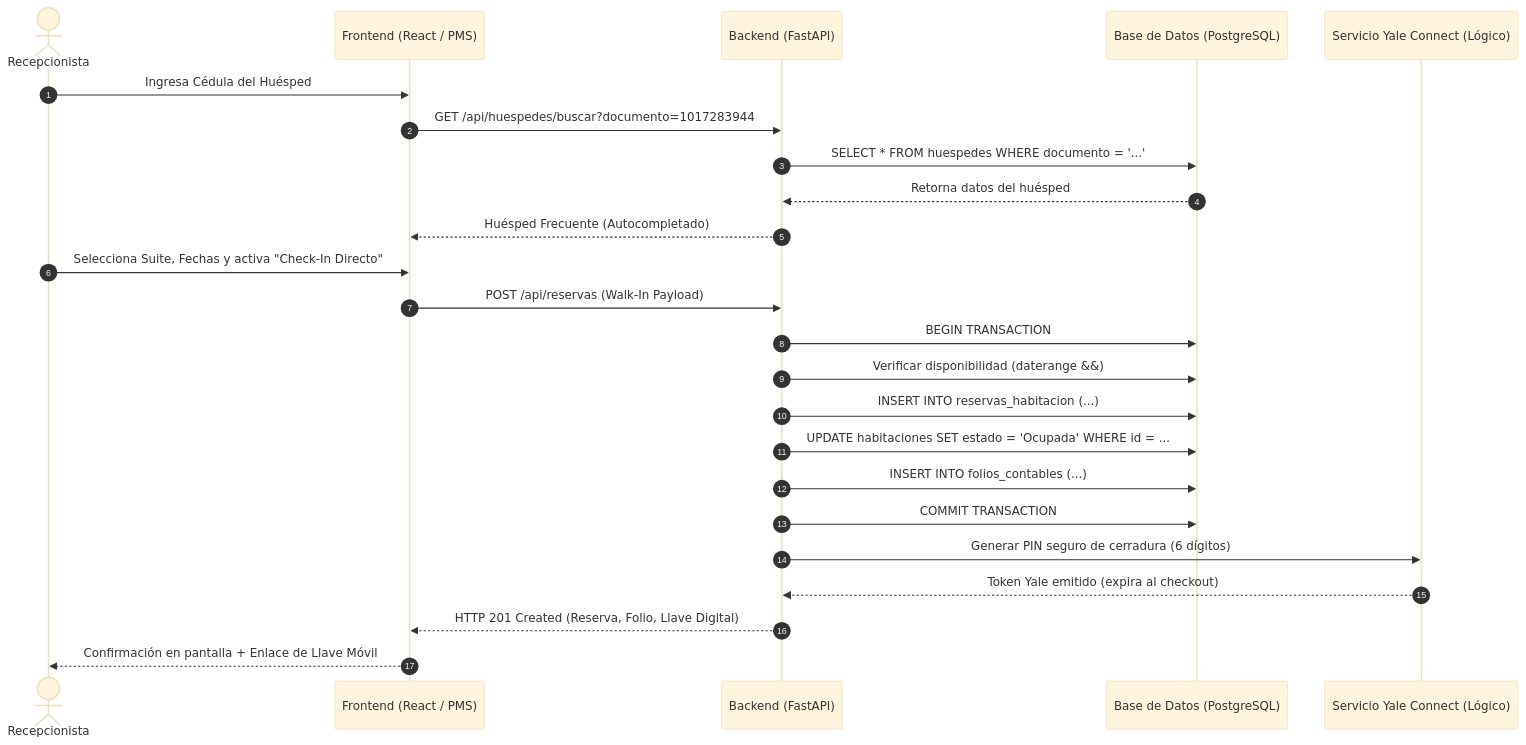
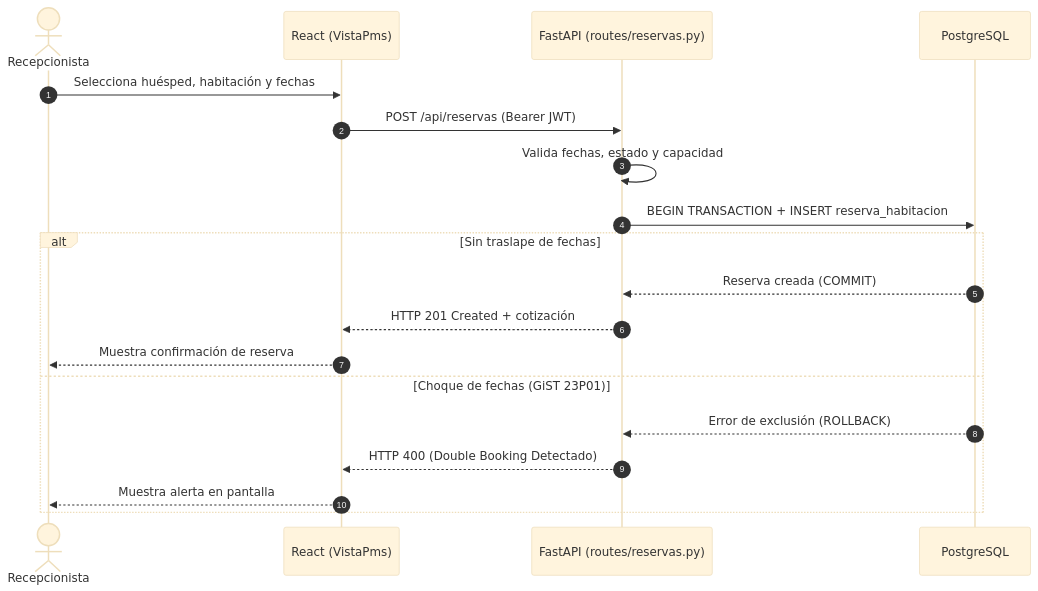
Before and after one commit to bookingsoftHOTELFACILE/PROYECTO_FACILE: the fifth of 5 diagrams in docs/arquitectura/DOCUMENTACION_GENERAL_Y_DIAGRAMAS.md, drawn with Mermaid (base theme). The commit also changed other lines of this file and 11 other files, not shown here.

````diff
--- a/docs/arquitectura/DOCUMENTACION_GENERAL_Y_DIAGRAMAS.md
+++ b/docs/arquitectura/DOCUMENTACION_GENERAL_Y_DIAGRAMAS.md
@@ -287,29 +225,22 @@
 ```mermaid
 sequenceDiagram
     autonumber
     actor Recepcionista
-    participant Front as Frontend (React / PMS)
-    participant Back as Backend (FastAPI)
-    participant DB as Base de Datos (PostgreSQL)
-    participant Lock as Servicio Yale Connect (Lógico)
+    participant Front as React (VistaPms)
+    participant Back as FastAPI (routes/reservas.py)
+    participant DB as PostgreSQL
 
-    Recepcionista->>Front: Ingresa Cédula del Huésped
-    Front->>Back: GET /api/huespedes/buscar?documento=1017283944
-    Back->>DB: SELECT * FROM huespedes WHERE documento = '...'
-    DB-->>Back: Retorna datos del huésped
-    Back-->>Front: Huésped Frecuente (Autocompletado)
-
-    Recepcionista->>Front: Selecciona Suite, Fechas y activa "Check-In Directo"
-    Front->>Back: POST /api/reservas (Walk-In Payload)
-    Back->>DB: BEGIN TRANSACTION
-    Back->>DB: Verificar disponibilidad (daterange &&)
-    Back->>DB: INSERT INTO reservas_habitacion (...)
-    Back->>DB: UPDATE habitaciones SET estado = 'Ocupada' WHERE id = ...
-    Back->>DB: INSERT INTO folios_contables (...)
-    Back->>DB: COMMIT TRANSACTION
-    
-    Back->>Lock: Generar PIN seguro de cerradura (6 dígitos)
-    Lock-->>Back: Token Yale emitido (expira al checkout)
-    Back-->>Front: HTTP 201 Created (Reserva, Folio, Llave Digital)
-    Front-->>Recepcionista: Confirmación en pantalla + Enlace de Llave Móvil
+    Recepcionista->>Front: Selecciona huésped, habitación y fechas
+    Front->>Back: POST /api/reservas (Bearer JWT)
+    Back->>Back: Valida fechas, estado y capacidad
+    Back->>DB: BEGIN TRANSACTION + INSERT reserva_habitacion
+    alt Sin traslape de fechas
+        DB-->>Back: Reserva creada (COMMIT)
+        Back-->>Front: HTTP 201 Created + cotización
+        Front-->>Recepcionista: Muestra confirmación de reserva
+    else Choque de fechas (GiST 23P01)
+        DB-->>Back: Error de exclusión (ROLLBACK)
+        Back-->>Front: HTTP 400 (Double Booking Detectado)
+        Front-->>Recepcionista: Muestra alerta en pantalla
+    end
 ```
````
